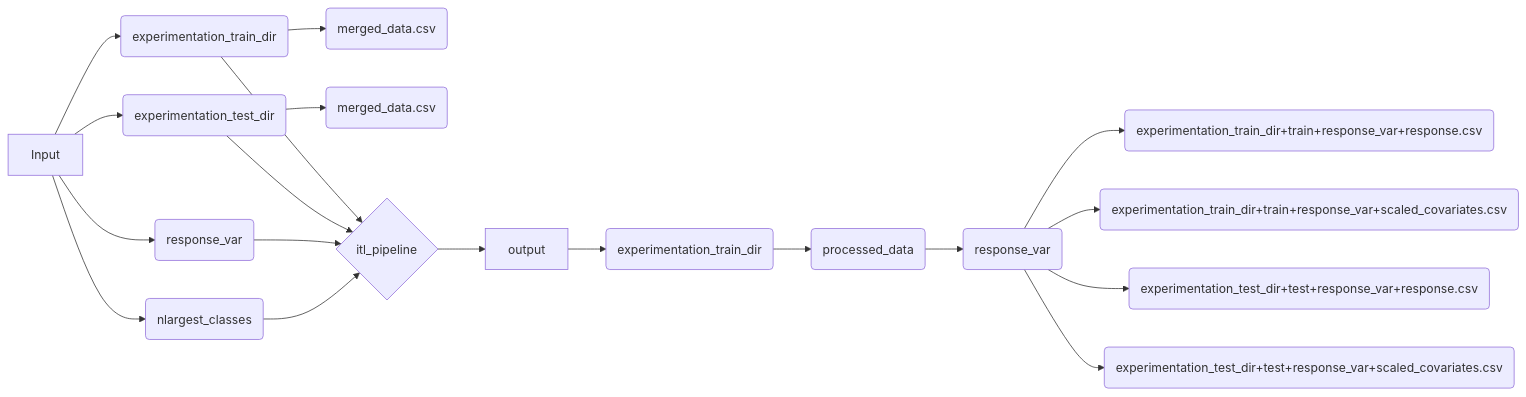
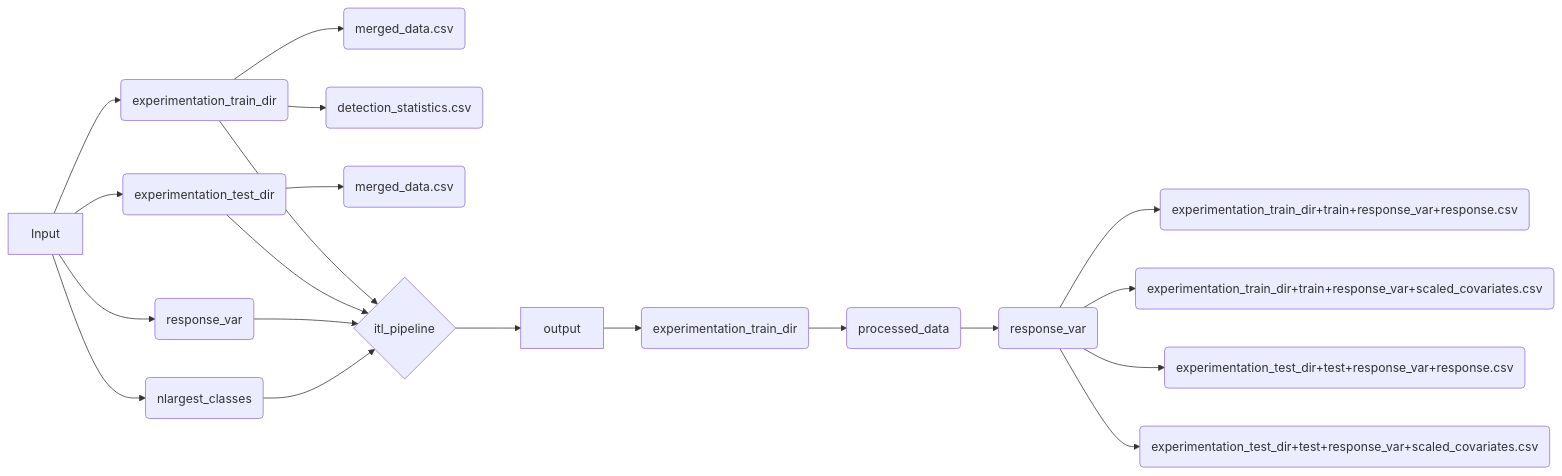
The eighth of 10 diagrams in data-operations.qmd (pdkengne/evops_manual), drawn with Mermaid before and after one commit. The commit also changed other lines of this file and 2 other files, not shown here.

````diff
--- a/data-operations.qmd
+++ b/data-operations.qmd
@@ -292,21 +294,22 @@
 ```{mermaid}
 flowchart LR
   I[Input] --> A(experimentation_train_dir)
   A --> A1(merged_data.csv)
+  A --> A2(detection_statistics.csv)
   I[Input] --> B(experimentation_test_dir)
   B --> B1(merged_data.csv)
   I --> D(nlargest_classes)
   I --> C(response_var)
   A --> E{itl_pipeline}
   B --> E
   C --> E
   D --> E
   E --> O[output]
   O --> F(experimentation_train_dir)
   F --> G(processed_data)
   G --> H(response_var)
   H --> H1(experimentation_train_dir+train+response_var+response.csv)
   H --> H2(experimentation_train_dir+train+response_var+scaled_covariates.csv)
   H --> H3(experimentation_test_dir+test+response_var+response.csv)
   H --> H4(experimentation_test_dir+test+response_var+scaled_covariates.csv)
 ```
````
